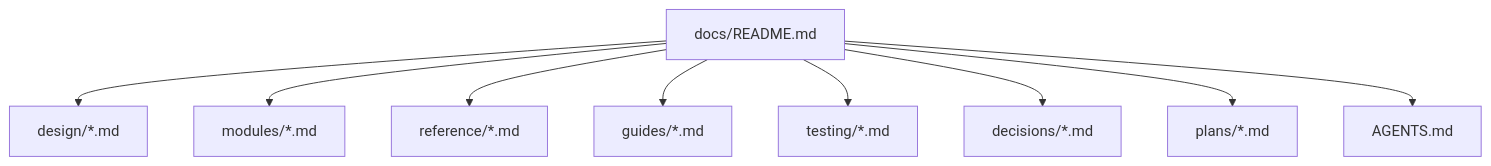
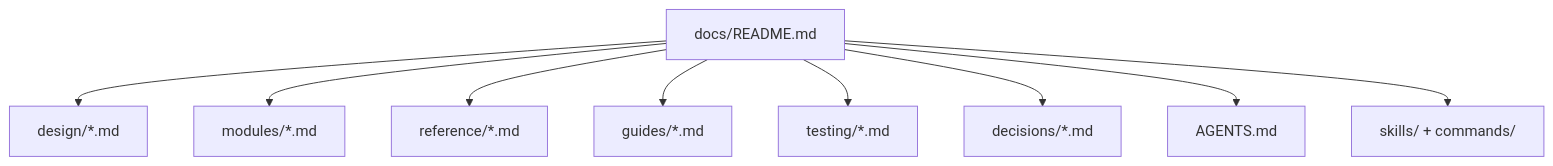
The diagram in docs/reference/docs-inventory.md (aryeko/planpilot), drawn with Mermaid before and after one commit. The commit also changed other lines of this file and 26 other files, not shown here.

First line of the commit message:
feat(plugin): add Claude Code plugin (skills, commands, marketplace) (#88)

````diff
--- a/docs/reference/docs-inventory.md
+++ b/docs/reference/docs-inventory.md
@@ -7,11 +7,11 @@
 ```mermaid
 flowchart TD
     Index[docs/README.md] --> Design[design/*.md]
     Index --> Modules[modules/*.md]
     Index --> Reference[reference/*.md]
     Index --> Guides[guides/*.md]
     Index --> Testing[testing/*.md]
     Index --> Decisions[decisions/*.md]
-    Index --> Plans[plans/*.md]
     Index --> Internal[AGENTS.md]
+    Index --> Skills[skills/ + commands/]
 ```
````
